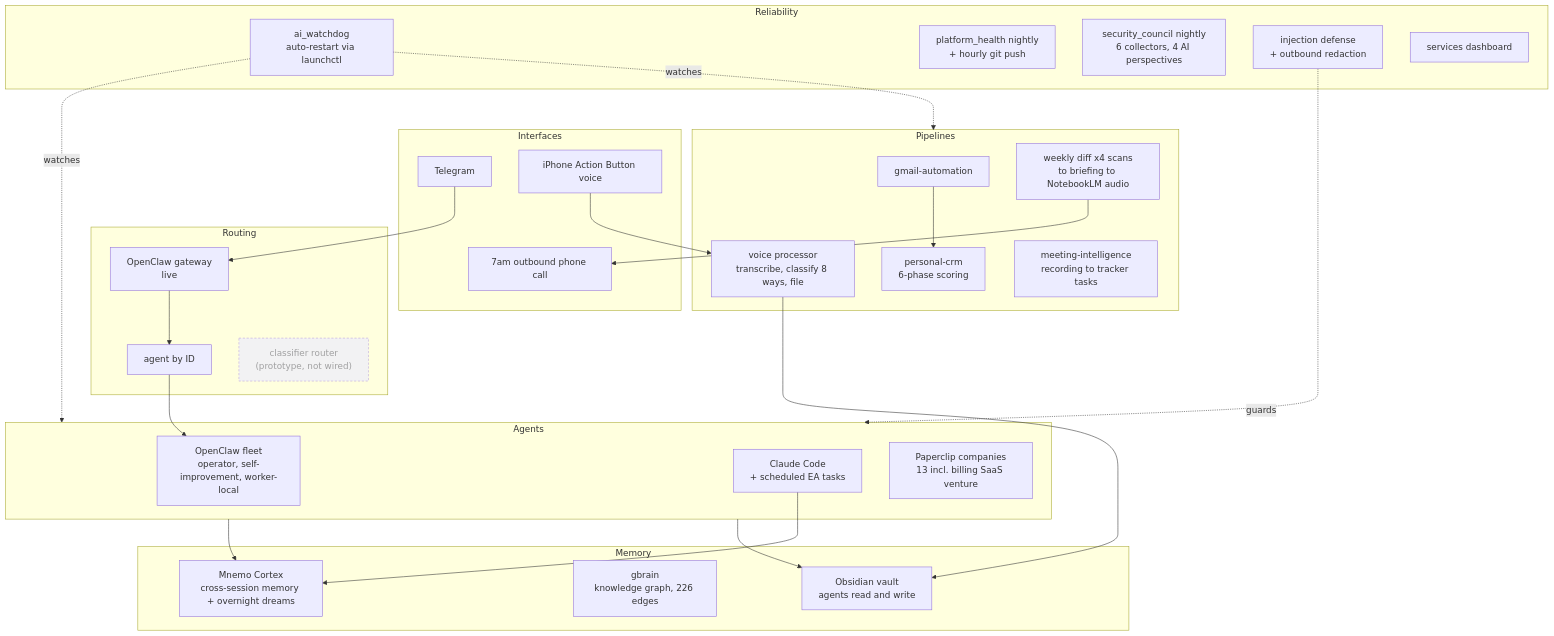
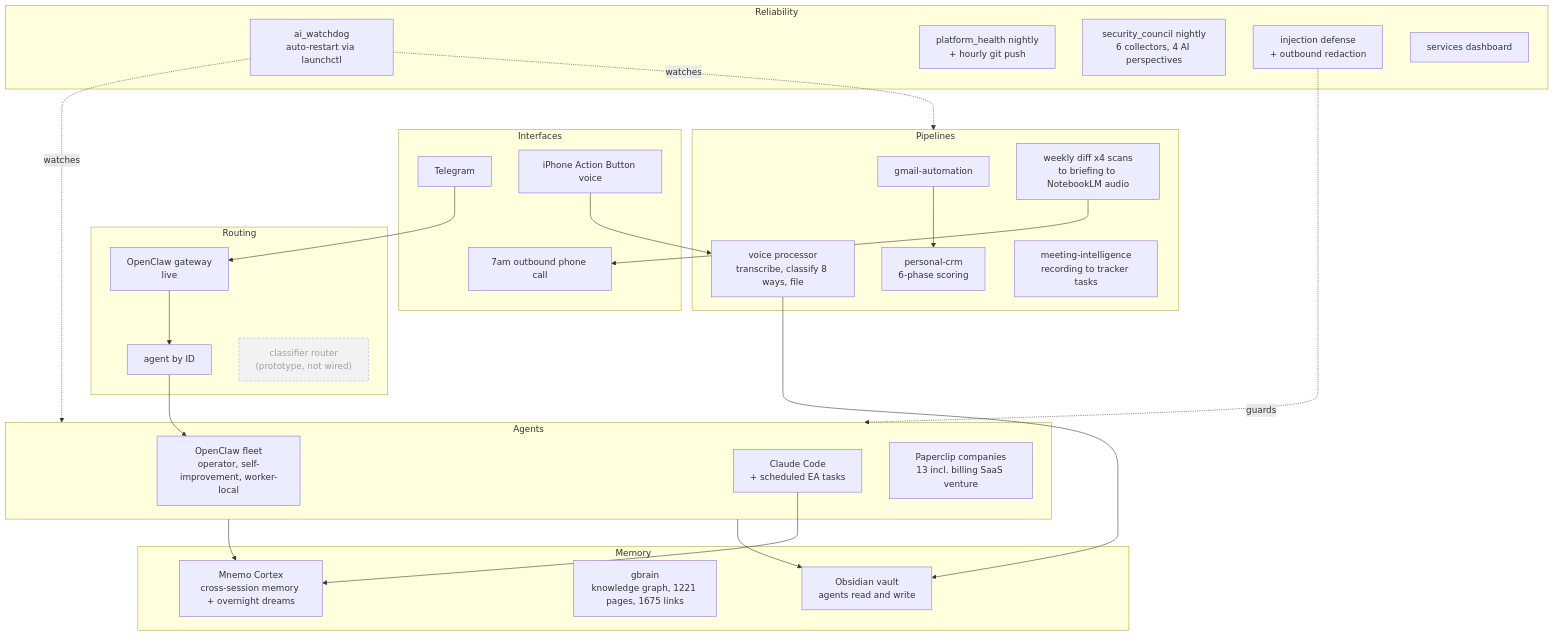
The diagram in README.md (JustinTSmith/systems), drawn with Mermaid before and after one commit. The commit also changed other lines of this file, not shown here.

````diff
--- a/README.md
+++ b/README.md
@@ -21,52 +21,52 @@
 ```mermaid
 flowchart TD
     subgraph Interfaces
         TG[Telegram]
         AB[iPhone Action Button voice]
         CALL[7am outbound phone call]
     end
 
     subgraph Routing
         GW[OpenClaw gateway<br/>live] --> AG[agent by ID]
         MR["classifier router<br/>(prototype, not wired)"]:::proto
     end
     classDef proto stroke-dasharray: 4 3,opacity:0.65
 
     subgraph Agents
         OC[OpenClaw fleet<br/>operator, self-improvement, worker-local]
         CC[Claude Code<br/>+ scheduled EA tasks]
         PC[Paperclip companies<br/>13 incl. billing SaaS venture]
     end
 
     subgraph Memory
         MN[Mnemo Cortex<br/>cross-session memory + overnight dreams]
-        GB[gbrain<br/>knowledge graph, 226 edges]
+        GB[gbrain<br/>knowledge graph, 1221 pages, 1675 links]
         OB[Obsidian vault<br/>agents read and write]
     end
 
     subgraph Pipelines
         GM[gmail-automation] --> CRM[personal-crm<br/>6-phase scoring]
         VP[voice processor<br/>transcribe, classify 8 ways, file]
         WB[weekly diff x4 scans<br/>to briefing to NotebookLM audio]
         MI[meeting-intelligence<br/>recording to tracker tasks]
     end
 
     subgraph Reliability
         WD[ai_watchdog<br/>auto-restart via launchctl]
         PH[platform_health nightly<br/>+ hourly git push]
         SC[security_council nightly<br/>6 collectors, 4 AI perspectives]
         SEC[injection defense<br/>+ outbound redaction]
         DASH[services dashboard]
     end
 
     TG --> GW
     AB --> VP --> OB
     Agents --> MN
     Agents --> OB
     AG --> OC
     CC --> MN
     WB --> CALL
     WD -.watches.-> Agents
     WD -.watches.-> Pipelines
     SEC -.guards.-> Agents
 ```
````
